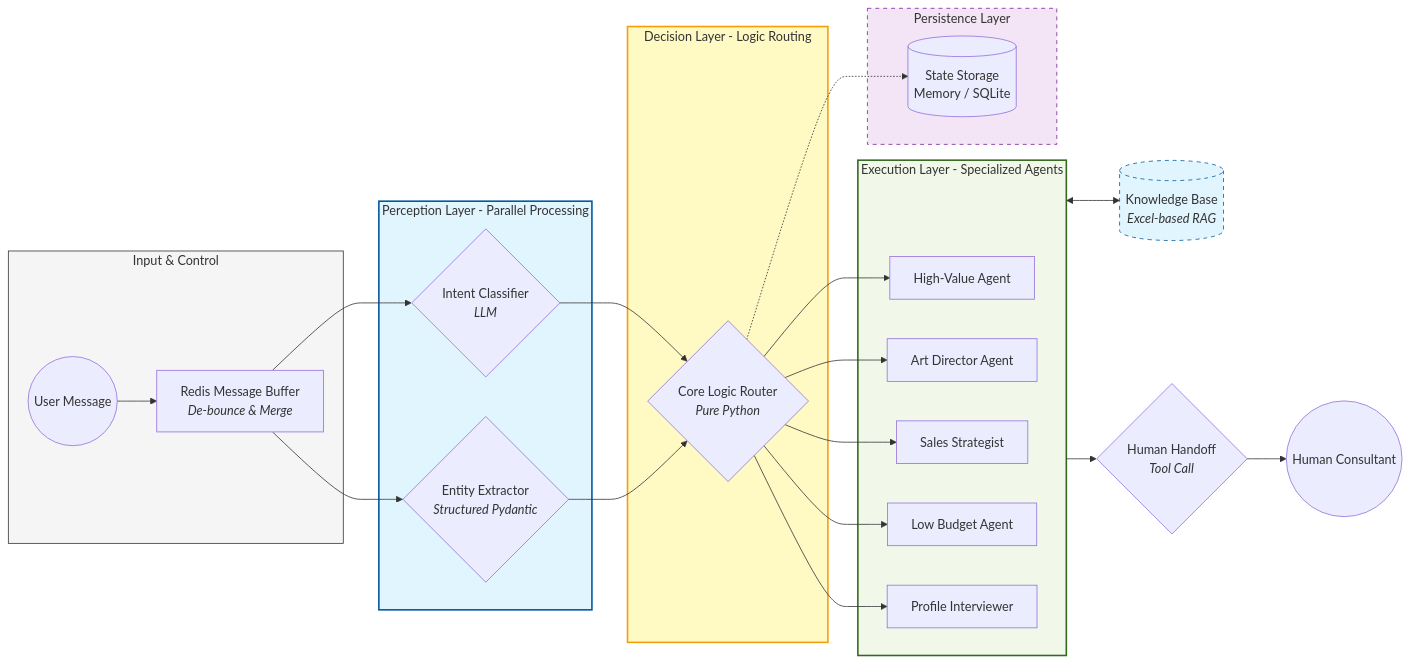
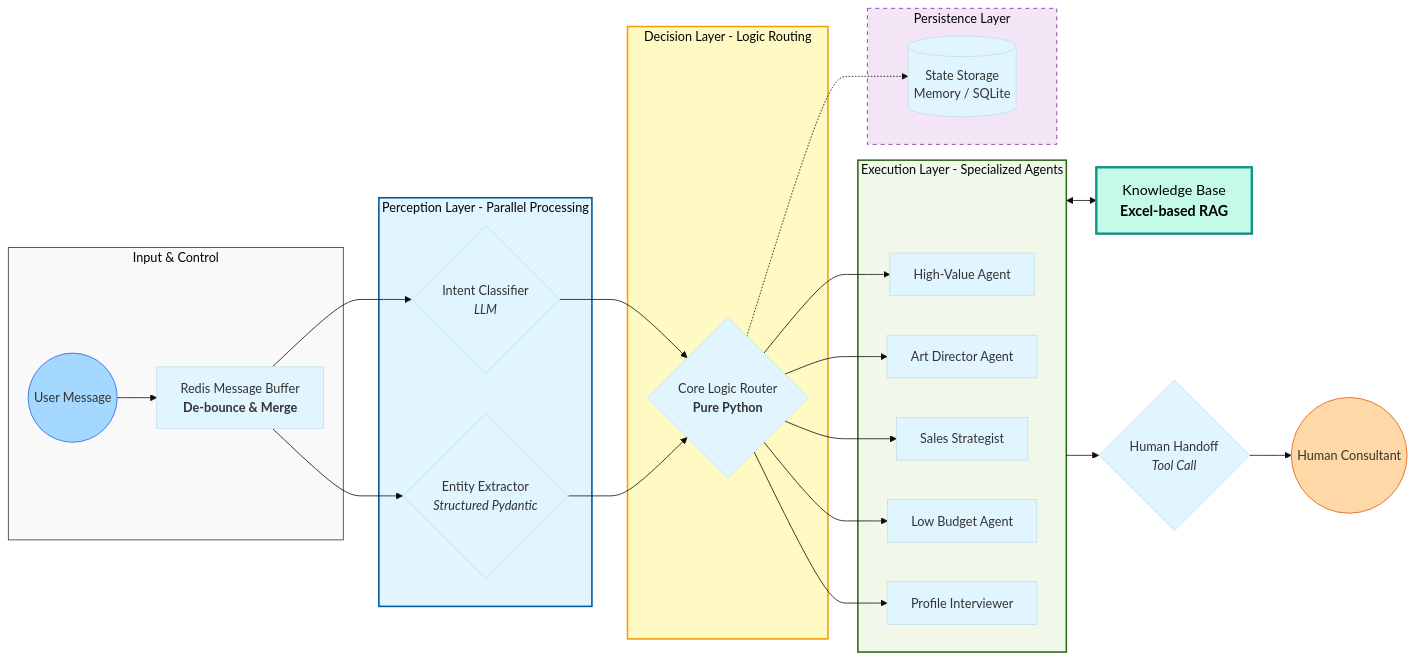
Before and after one commit to JackybigW/baoshu_ai: the diagram in README_EN.md, drawn with Mermaid. The commit also changed other lines of this file and 1 other file, not shown here.

Commit message:
docs: 深度优化 Mermaid 架构图视觉效果，更新 V6 版高清 Excalidraw 链接

````diff
--- a/README_EN.md
+++ b/README_EN.md
@@ -15,39 +15,42 @@
 ```mermaid
+%%{init: {'theme': 'base', 'themeVariables': { 'fontSize': '16px', 'primaryColor': '#e1f5fe', 'edgeLabelBackground':'#ffffff'}}}%%
 graph LR
     subgraph Input_Layer [Input & Control]
-        User((User Message)) --> Buffer[Redis Message Buffer<br/><i>De-bounce & Merge</i>]
+        User((User Message)) --> Buffer[Redis Message Buffer<br/><b>De-bounce & Merge</b>]
     end
 
     subgraph Perception_Layer [Perception Layer - Parallel Processing]
         Buffer --> Classifier{Intent Classifier<br/><i>LLM</i>}
         Buffer --> Extractor{Entity Extractor<br/><i>Structured Pydantic</i>}
     end
 
     subgraph Decision_Layer [Decision Layer - Logic Routing]
-        Classifier & Extractor --> Router{Core Logic Router<br/><i>Pure Python</i>}
+        Classifier & Extractor --> Router{Core Logic Router<br/><b>Pure Python</b>}
     end
 
     subgraph Execution_Layer [Execution Layer - Specialized Agents]
         Router --> HV[High-Value Agent]
         Router --> ART[Art Director Agent]
         Router --> CS[Sales Strategist]
         Router --> LB[Low Budget Agent]
         Router --> IV[Profile Interviewer]
     end
 
-    Execution_Layer <--> RAG[(Knowledge Base<br/><i>Excel-based RAG</i>)]
+    Execution_Layer <--> RAG[Knowledge Base<br/><b>Excel-based RAG</b>]
     Execution_Layer --> Handoff{Human Handoff<br/><i>Tool Call</i>}
     Handoff --> Agent_Assigned((Human Consultant))
 
     subgraph Persistence [Persistence Layer]
         Router -.-> DB[(State Storage<br/>Memory / SQLite)]
     end
 
     %% Styling
-    style Input_Layer fill:#f5f5f5,stroke:#333
+    style Input_Layer fill:#f9f9f9,stroke:#333,stroke-width:1px
     style Perception_Layer fill:#e1f5fe,stroke:#01579b,stroke-width:2px
     style Decision_Layer fill:#fff9c4,stroke:#f59e0b,stroke-width:2px
     style Execution_Layer fill:#f1f8e9,stroke:#33691e,stroke-width:2px
-    style RAG fill:#e1f5fe,stroke:#01579b,stroke-dasharray: 5 5
+    style RAG fill:#c3fae8,stroke:#0d9488,stroke-width:3px,color:#000,font-size:18px
     style Persistence fill:#f3e5f5,stroke:#7b1fa2,stroke-dasharray: 5 5
+    style User fill:#a5d8ff,stroke:#2563eb
+    style Agent_Assigned fill:#ffd8a8,stroke:#ea580c
 ```
````
